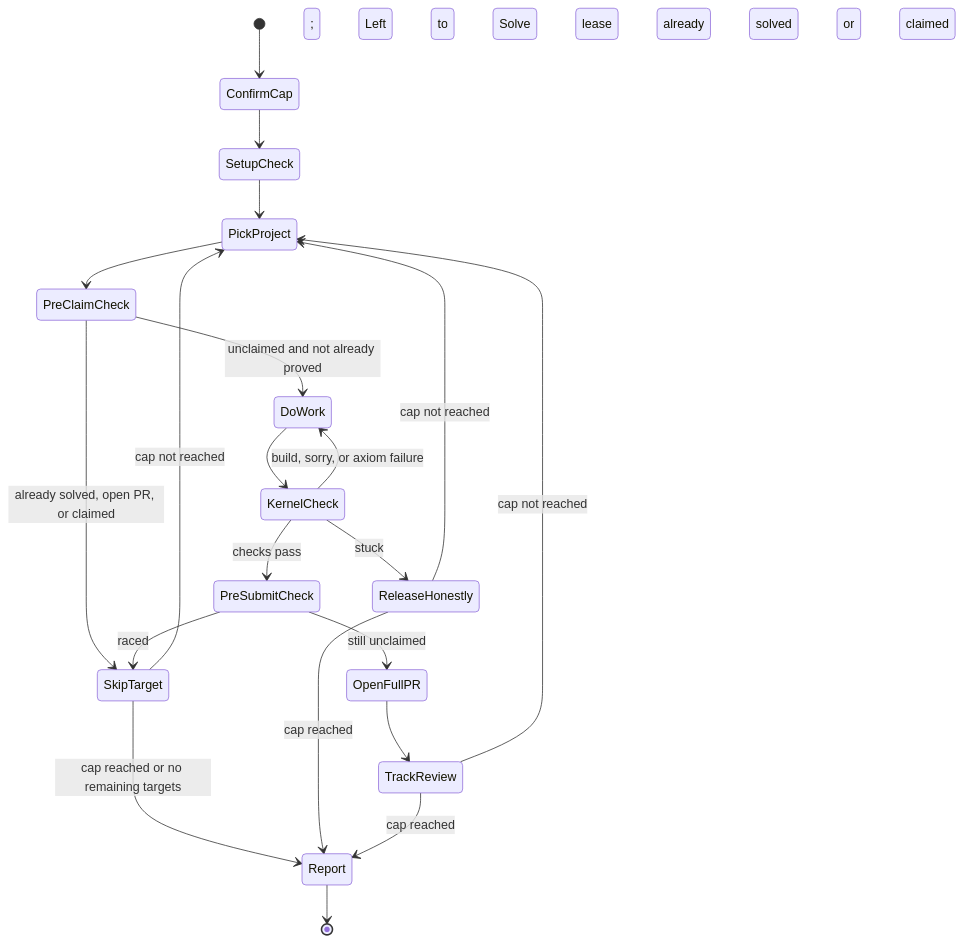
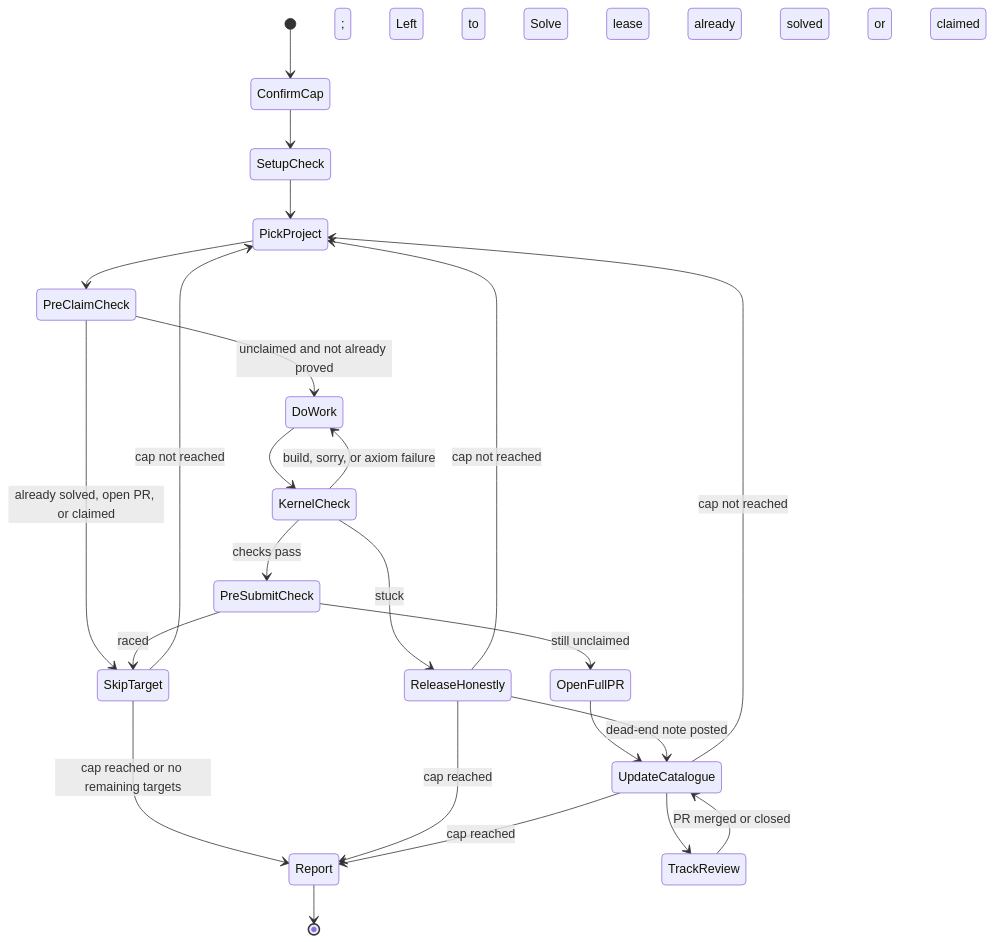
The diagram in skills/formal-math-conjectures/SKILL.md (vincentkoc/dotskills), drawn with Mermaid before and after one commit. The commit also changed other lines of this file and 1 other file, not shown here.

Commit message:
docs(formal-math-conjectures): keep a contribution catalogue (#99)
After opening, merging, or closing a PR, or posting a dead-end
note, update vincentkoc/solved-conjectures and push. Catalogue
entries should not include names, emails, timezone, location, or
local paths.

AI assistance: Grok Bot / Solver.

````diff
--- a/skills/formal-math-conjectures/SKILL.md
+++ b/skills/formal-math-conjectures/SKILL.md
@@ -72,23 +75,26 @@
 ```mermaid
 stateDiagram-v2
     [*] --> ConfirmCap
     ConfirmCap --> SetupCheck
     SetupCheck --> PickProject
     PickProject --> PreClaimCheck
     PreClaimCheck --> SkipTarget: already solved, open PR, or claimed
     SkipTarget --> PickProject: cap not reached
     SkipTarget --> Report: cap reached or no remaining targets
     PreClaimCheck --> DoWork: unclaimed and not already proved
     DoWork --> KernelCheck
     KernelCheck --> DoWork: build, sorry, or axiom failure
     KernelCheck --> ReleaseHonestly: stuck; Left to Solve lease
     ReleaseHonestly --> PickProject: cap not reached
     ReleaseHonestly --> Report: cap reached
     KernelCheck --> PreSubmitCheck: checks pass
     PreSubmitCheck --> SkipTarget: raced; already solved or claimed
     PreSubmitCheck --> OpenFullPR: still unclaimed
-    OpenFullPR --> TrackReview
-    TrackReview --> PickProject: cap not reached
-    TrackReview --> Report: cap reached
+    OpenFullPR --> UpdateCatalogue
+    UpdateCatalogue --> TrackReview
+    TrackReview --> UpdateCatalogue: PR merged or closed
+    ReleaseHonestly --> UpdateCatalogue: dead-end note posted
+    UpdateCatalogue --> PickProject: cap not reached
+    UpdateCatalogue --> Report: cap reached
     Report --> [*]
 ```
````
